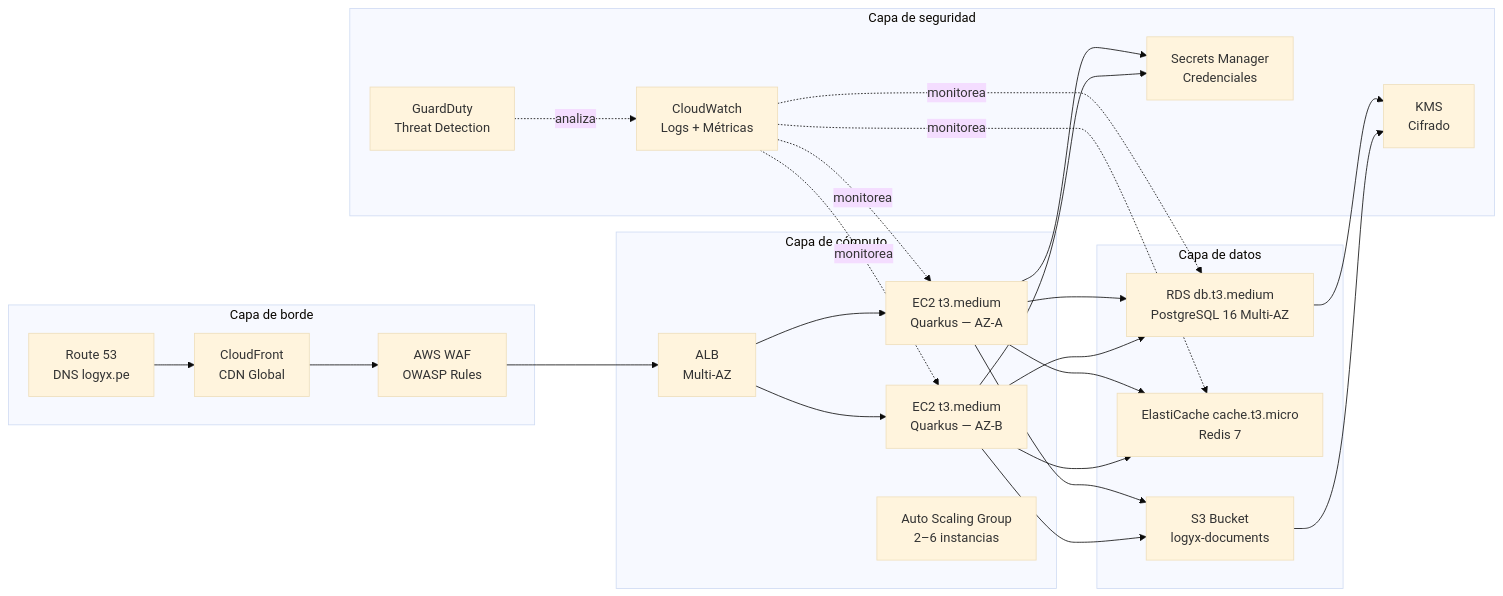
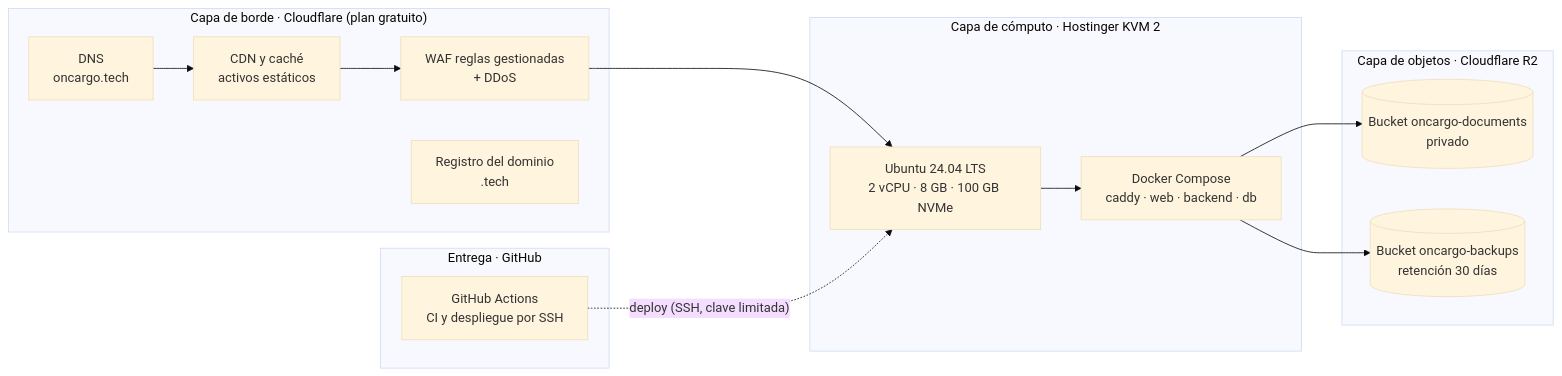
Before and after one commit to TheReeds/ProyectoEPE-LOGYX: the second of 2 diagrams in docs/infraestructura/semestre-1/diseno-red.md, drawn with Mermaid (base theme). The commit also changed other lines of this file and 99 other files, not shown here.

````diff
--- a/docs/infraestructura/semestre-1/diseno-red.md
+++ b/docs/infraestructura/semestre-1/diseno-red.md
@@ -170,40 +152,29 @@
 ```mermaid
 graph LR
-    subgraph EDGE["Capa de borde"]
-        R53[Route 53<br/>DNS logyx.pe]
-        CF2[CloudFront<br/>CDN Global]
-        WAF2[AWS WAF<br/>OWASP Rules]
+    subgraph EDGE["Capa de borde · Cloudflare (plan gratuito)"]
+        DNS["DNS<br/>oncargo.tech"]
+        CDN["CDN y caché<br/>activos estáticos"]
+        WAF["WAF reglas gestionadas<br/>+ DDoS"]
+        REG["Registro del dominio<br/>.tech"]
     end
 
-    subgraph COMPUTE["Capa de cómputo"]
-        ALB2[ALB<br/>Multi-AZ]
-        EC2A[EC2 t3.medium<br/>Quarkus — AZ-A]
-        EC2B[EC2 t3.medium<br/>Quarkus — AZ-B]
-        ASG[Auto Scaling Group<br/>2–6 instancias]
+    subgraph HOST["Capa de cómputo · Hostinger KVM 2"]
+        VM["Ubuntu 24.04 LTS<br/>2 vCPU · 8 GB · 100 GB NVMe"]
+        DKR["Docker Compose<br/>caddy · web · backend · db"]
     end
 
-    subgraph STORAGE["Capa de datos"]
-        RDS2[RDS db.t3.medium<br/>PostgreSQL 16 Multi-AZ]
-        CACHE[ElastiCache cache.t3.micro<br/>Redis 7]
-        S3B[S3 Bucket<br/>logyx-documents]
+    subgraph STORE["Capa de objetos · Cloudflare R2"]
+        DOCS[("Bucket oncargo-documents<br/>privado")]
+        BKP[("Bucket oncargo-backups<br/>retención 30 días")]
     end
 
-    subgraph SECURITY["Capa de seguridad"]
-        SM[Secrets Manager<br/>Credenciales]
-        KMS[KMS<br/>Cifrado]
-        GD[GuardDuty<br/>Threat Detection]
-        CW[CloudWatch<br/>Logs + Métricas]
+    subgraph CI["Entrega · GitHub"]
+        GHA["GitHub Actions<br/>CI y despliegue por SSH"]
     end
 
-    R53 --> CF2 --> WAF2 --> ALB2
-    ALB2 --> EC2A
-    ALB2 --> EC2B
-    EC2A & EC2B --> RDS2
-    EC2A & EC2B --> CACHE
-    EC2A & EC2B --> S3B
-    EC2A & EC2B --> SM
-    RDS2 --> KMS
-    S3B --> KMS
-    CW -.->|monitorea| EC2A & EC2B & RDS2 & CACHE
-    GD -.->|analiza| CW
+    DNS --> CDN --> WAF --> VM
+    VM --> DKR
+    DKR --> DOCS
+    DKR --> BKP
+    GHA -.->|"deploy (SSH, clave limitada)"| VM
 ```
````
